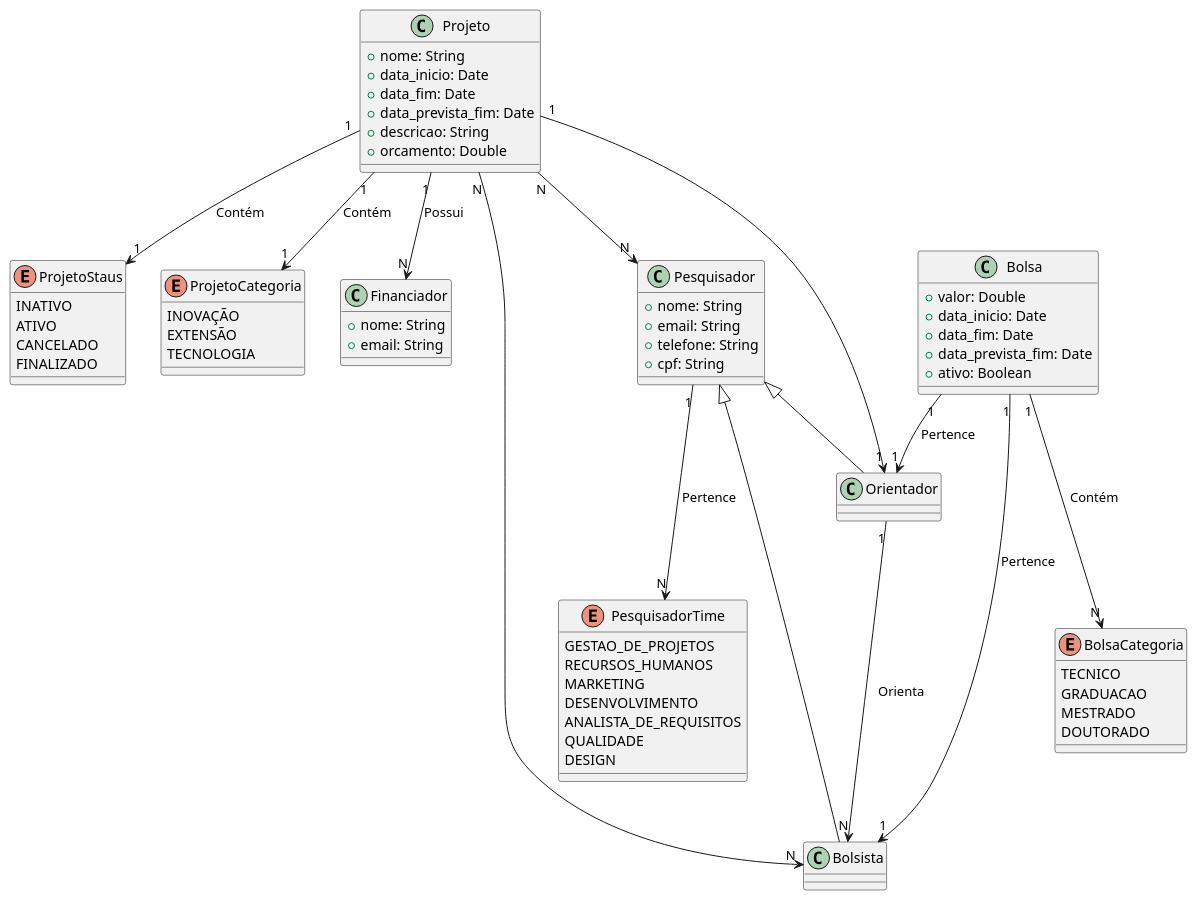
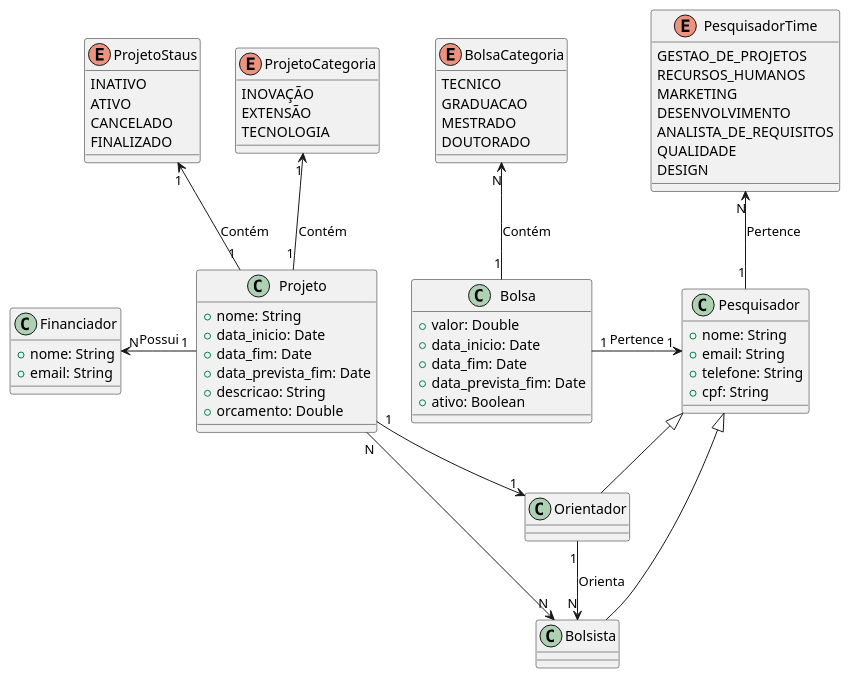
One commit to sofialctv/coLAB changed the diagram in diagramas/diagrama-classe.plantuml. Above: the diagram before and after it, drawn with PlantUML. The commit also changed 5 other files, not shown here.

Commit message:
docs: atualizando diagramas

```diff
--- a/diagramas/diagrama-classe.plantuml
+++ b/diagramas/diagrama-classe.plantuml
@@ -1,84 +1,84 @@
-@startuml coLAB
+@startuml diagrama-classe
 class Projeto {
   +nome: String
   +data_inicio: Date
   +data_fim: Date  
   +data_prevista_fim: Date
   +descricao: String
   +orcamento: Double
 }
 
 enum ProjetoStaus {
   INATIVO
   ATIVO
   CANCELADO
   FINALIZADO
 }
 
 enum ProjetoCategoria {
     INOVAÇÃO
     EXTENSÃO
     TECNOLOGIA
 }
 
 class Financiador {
   +nome: String
   +email: String
 }
 
 class Orientador {
 }
 
 class Bolsista {
 }
 
 class Pesquisador {
   +nome: String
   +email: String
   +telefone: String
   +cpf: String
 }
 
 enum PesquisadorTime {
     GESTAO_DE_PROJETOS
     RECURSOS_HUMANOS
     MARKETING
     DESENVOLVIMENTO
     ANALISTA_DE_REQUISITOS
     QUALIDADE
     DESIGN
 }
 
 class Bolsa {
   +valor: Double
   +data_inicio: Date
   +data_fim: Date  
   +data_prevista_fim: Date
   +ativo: Boolean
 }
 
 enum BolsaCategoria {
     TECNICO
     GRADUACAO
     MESTRADO
     DOUTORADO
 }
 
+Projeto "1" -u-> "1" ProjetoCategoria: Contém
+Projeto "1" -u-> "1" ProjetoStaus: Contém
+
 Projeto "1" --> "1" Orientador
-Projeto "N" --> "N" Pesquisador
 Projeto "N" --> "N" Bolsista
-Projeto "1" --> "N" Financiador: Possui
-Projeto "1" --> "1" ProjetoCategoria: Contém
-Projeto "1" --> "1" ProjetoStaus: Contém
+Projeto "1" -l-> "N" Financiador: Possui
 
-Bolsa "1" --> "1" Bolsista: Pertence
-Bolsa "1" --> "1" Orientador: Pertence
-Bolsa "1" ---> "N" BolsaCategoria: Contém
+Bolsa "1" -r-> "1" Pesquisador: Pertence
+Bolsa "1" -u-> "N" BolsaCategoria: Contém
 
-Pesquisador "1" ---> "N" PesquisadorTime: Pertence
 Pesquisador <|-- Orientador
 Pesquisador <|-- Bolsista
 
-Orientador "1" ---> "N" Bolsista: Orienta
+Pesquisador "1" -u-> "N" PesquisadorTime: Pertence
+
+Orientador "1" -d-> "N" Bolsista: Orienta
 
 @enduml
```
